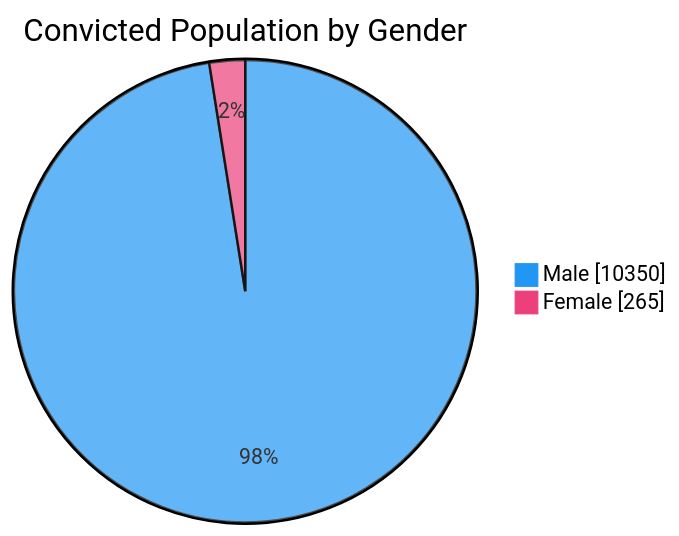
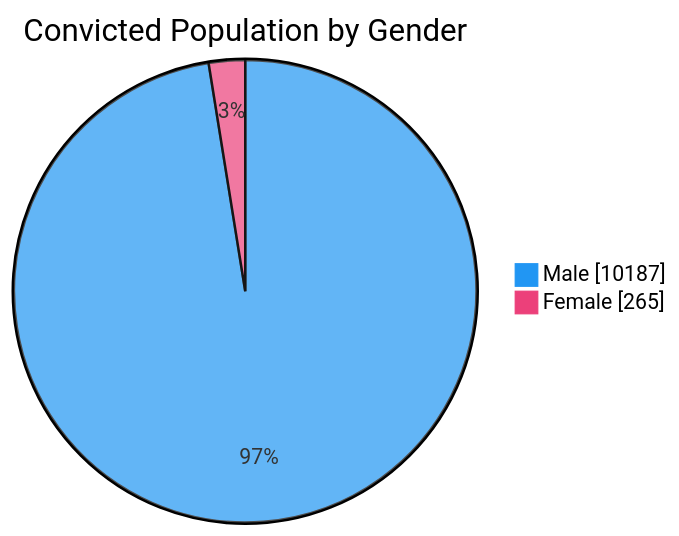
Before and after one commit to nuuuwan/lk_prisons: the third of 7 diagrams in README.md, drawn with Mermaid. The commit also changed other lines of this file and 1 other file, not shown here.

````diff
--- a/README.md
+++ b/README.md
@@ -65,6 +65,6 @@
 ```mermaid
 %%{init: {'themeVariables': {'pie1': '#2196F3', 'pie2': '#EC407A'}}}%%
 pie showData title Convicted Population by Gender
-    "Male" : 10350
+    "Male" : 10187
     "Female" : 265
 ```
````
